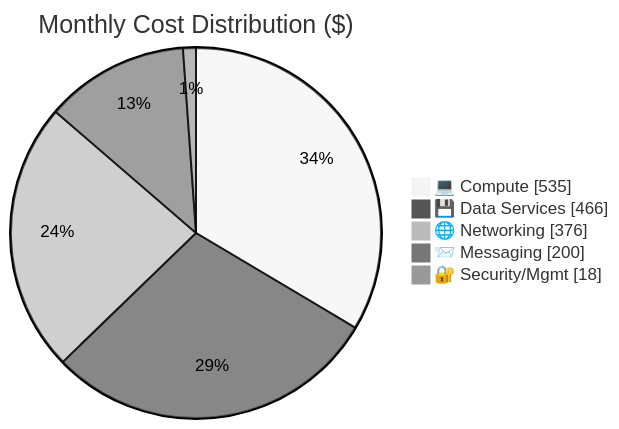
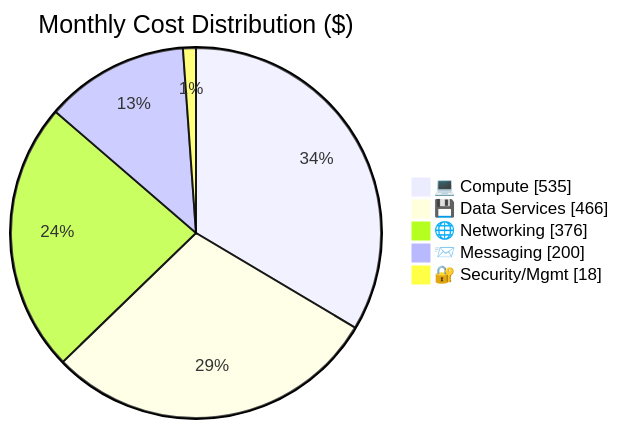
The diagram in agent-output/ecommerce/01-cost-estimate.md (SmitaCnovate/azure-agentic-infraops), drawn with Mermaid before and after one commit. The commit also changed other lines of this file and 8 other files, not shown here.

````diff
--- a/agent-output/ecommerce/01-cost-estimate.md
+++ b/agent-output/ecommerce/01-cost-estimate.md
@@ -65,10 +84,10 @@
 ```mermaid
-%%{init: {'theme':'neutral'}}%%
+%%{init: {'theme':'base','themeVariables':{pie1:'#0078D4',pie2:'#107C10',pie3:'#5C2D91',pie4:'#D83B01',pie5:'#FFB900'}}}%%
 pie showData
     title Monthly Cost Distribution ($)
     "💻 Compute" : 535
     "💾 Data Services" : 466
     "🌐 Networking" : 376
     "📨 Messaging" : 200
     "🔐 Security/Mgmt" : 18
 ```
````
